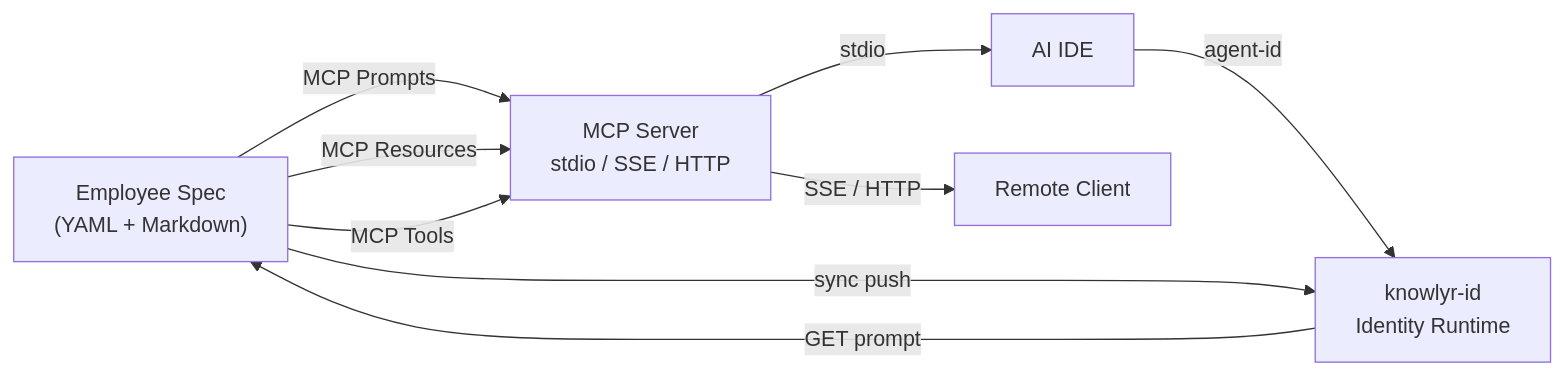
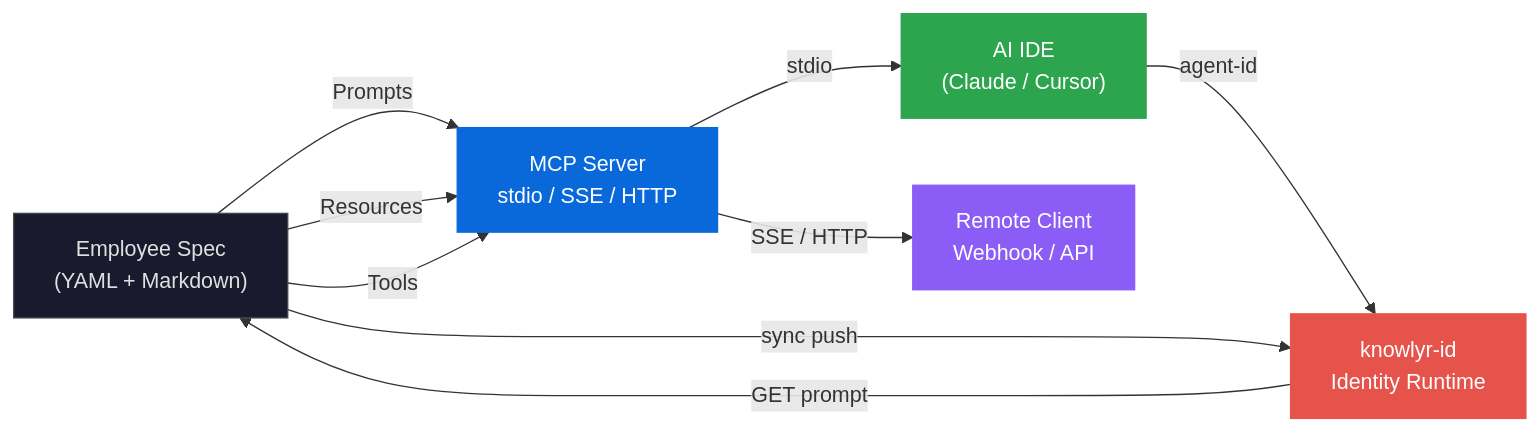
The first of 3 diagrams in README.md (liuxiaotong/knowlyr-crew), drawn with Mermaid before and after one commit. The commit also changed other lines of this file, not shown here.

````diff
--- a/README.md
+++ b/README.md
@@ -82,11 +110,17 @@
 ```mermaid
 graph LR
-    E["Employee Spec<br/>(YAML + Markdown)"] -->|MCP Prompts| S["MCP Server<br/>stdio / SSE / HTTP"]
-    E -->|MCP Resources| S
-    E -->|MCP Tools| S
-    S -->|stdio| IDE["AI IDE"]
-    S -->|SSE / HTTP| Remote["Remote Client"]
+    E["Employee Spec<br/>(YAML + Markdown)"] -->|Prompts| S["MCP Server<br/>stdio / SSE / HTTP"]
+    E -->|Resources| S
+    E -->|Tools| S
+    S -->|stdio| IDE["AI IDE<br/>(Claude / Cursor)"]
+    S -->|SSE / HTTP| Remote["Remote Client<br/>Webhook / API"]
     IDE -->|agent-id| ID["knowlyr-id<br/>Identity Runtime"]
     ID -->|GET prompt| E
     E -->|sync push| ID
+
+    style E fill:#1a1a2e,color:#e0e0e0,stroke:#444
+    style S fill:#0969da,color:#fff,stroke:#0969da
+    style IDE fill:#2da44e,color:#fff,stroke:#2da44e
+    style Remote fill:#8b5cf6,color:#fff,stroke:#8b5cf6
+    style ID fill:#e5534b,color:#fff,stroke:#e5534b
 ```
````
